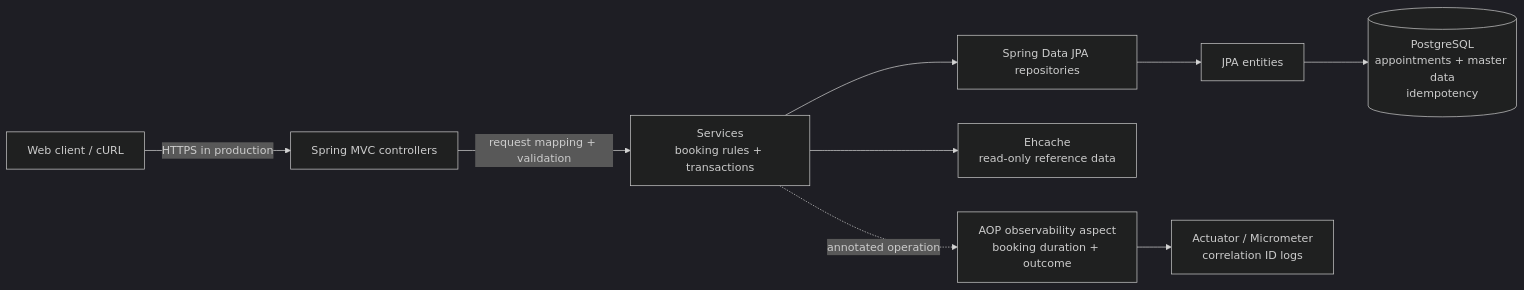
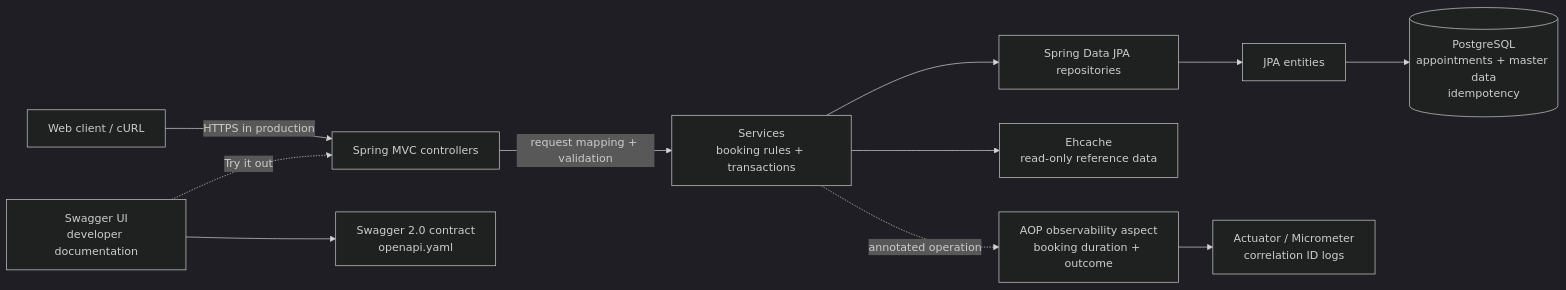
The first of 2 diagrams in SYSTEM_DESIGN.md (iY-Jaja/keyloop-unified-service-scheduler), drawn with Mermaid (dark theme) before and after one commit. The commit also changed other lines of this file and 7 other files, not shown here.

First line of the commit message:
Add Swagger UI and refine API documentation

````diff
--- a/SYSTEM_DESIGN.md
+++ b/SYSTEM_DESIGN.md
@@ -21,21 +21,25 @@
 ```mermaid
 flowchart LR
     Client[Web client / cURL]
     API[Spring MVC controllers]
+    Swagger[Swagger UI<br/>developer documentation]
+    Contract[Swagger 2.0 contract<br/>openapi.yaml]
     Service[Services<br/>booking rules + transactions]
     Repo[Spring Data JPA repositories]
     Entities[JPA entities]
     DB[(PostgreSQL<br/>appointments + master data<br/>idempotency)]
     Cache[Ehcache<br/>read-only reference data]
     AOP[AOP observability aspect<br/>booking duration + outcome]
     Obs[Actuator / Micrometer<br/>correlation ID logs]
 
     Client -->|HTTPS in production| API
+    Swagger --> Contract
+    Swagger -. Try it out .-> API
     API -->|request mapping + validation| Service
     Service --> Repo
     Repo --> Entities
     Entities --> DB
     Service --> Cache
     Service -. annotated operation .-> AOP
     AOP --> Obs
 ```
````
